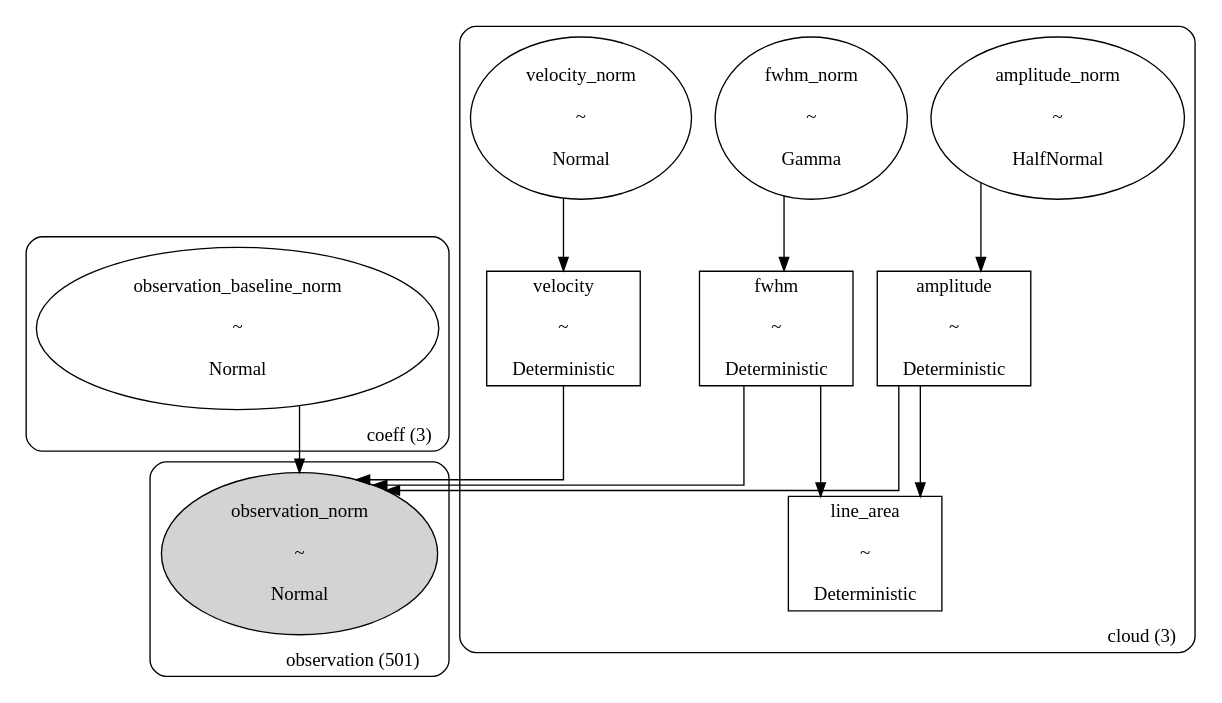
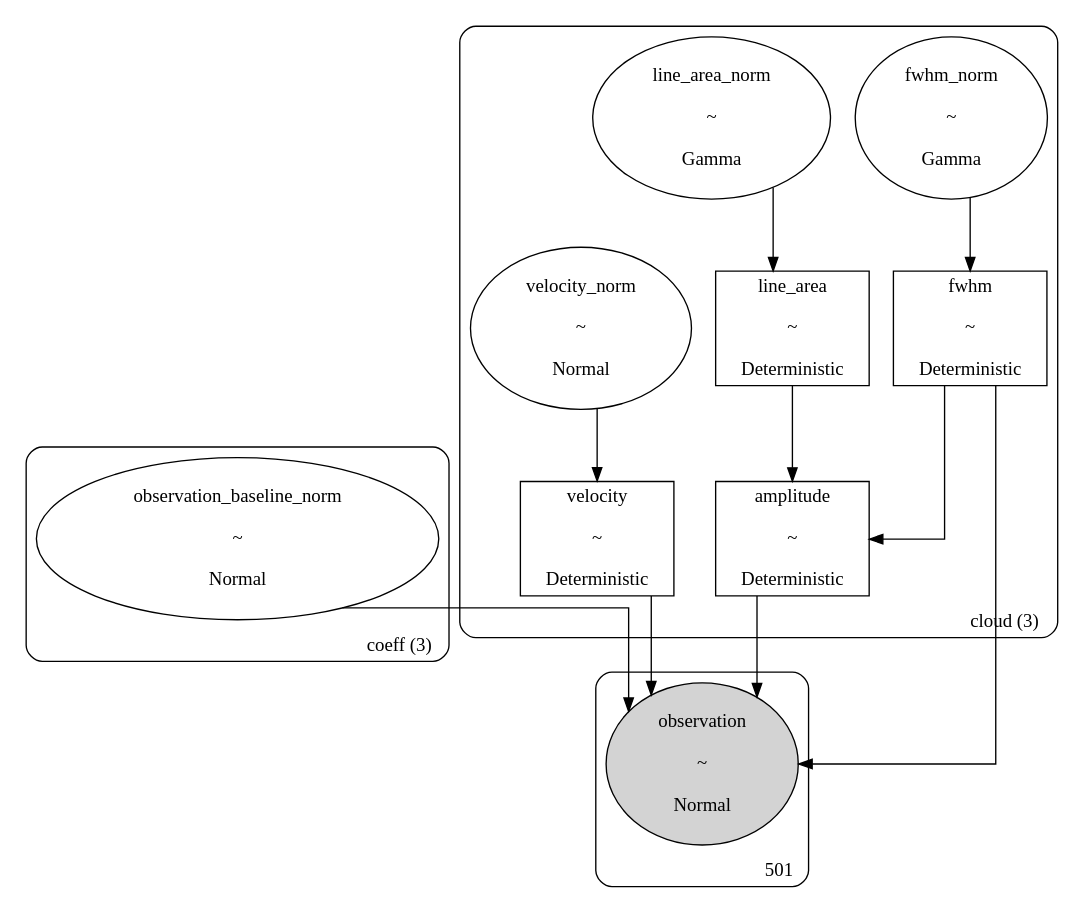
One commit to tvwenger/bayes_spec changed the diagram in examples/figures/model.gv. Above: the diagram before and after it, drawn with Graphviz. The commit also changed 21 other files, not shown here.

```diff
--- a/examples/figures/model.gv
+++ b/examples/figures/model.gv
@@ -1,145 +1,145 @@
 digraph {
 
 	graph [newrank=false,
 
 		rankdir=TB,
 
 		splines=ortho
 
 	];
 
 	subgraph "clustercoeff (3)" {
 
 		graph [label="coeff (3)",
 
 			labeljust=r,
 
 			labelloc=b,
 
 			style=rounded
 
 		];
 
 		observation_baseline_norm	[label="observation_baseline_norm
 
 ~
 
 Normal",
 
 			shape=ellipse];
 
 	}
 
 	subgraph "clustercloud (3)" {
 
 		graph [label="cloud (3)",
 
 			labeljust=r,
 
 			labelloc=b,
 
 			style=rounded
 
 		];
 
-		amplitude	[label="amplitude
-
-~
-
-Deterministic",
-
-			shape=box];
-
-		amplitude_norm	[label="amplitude_norm
-
-~
-
-HalfNormal",
-
-			shape=ellipse];
-
-		fwhm_norm	[label="fwhm_norm
+		line_area_norm	[label="line_area_norm
 
 ~
 
 Gamma",
 
 			shape=ellipse];
-
-		fwhm	[label="fwhm
-
-~
-
-Deterministic",
-
-			shape=box];
-
-		line_area	[label="line_area
-
-~
-
-Deterministic",
-
-			shape=box];
 
 		velocity_norm	[label="velocity_norm
 
 ~
 
 Normal",
 
 			shape=ellipse];
 
 		velocity	[label="velocity
 
 ~
 
 Deterministic",
 
 			shape=box];
 
+		fwhm	[label="fwhm
+
+~
+
+Deterministic",
+
+			shape=box];
+
+		amplitude	[label="amplitude
+
+~
+
+Deterministic",
+
+			shape=box];
+
+		line_area	[label="line_area
+
+~
+
+Deterministic",
+
+			shape=box];
+
+		fwhm_norm	[label="fwhm_norm
+
+~
+
+Gamma",
+
+			shape=ellipse];
+
 	}
 
-	subgraph "clusterobservation (501)" {
+	subgraph cluster501 {
 
-		graph [label="observation (501)",
+		graph [label=501,
 
 			labeljust=r,
 
 			labelloc=b,
 
 			style=rounded
 
 		];
 
-		observation_norm	[label="observation_norm
+		observation	[label="observation
 
 ~
 
 Normal",
 
 			shape=ellipse,
 
 			style=filled];
 
 	}
 
-	observation_baseline_norm -> observation_norm	[minlen=1];
+	observation_baseline_norm -> observation	[minlen=1];
 
-	amplitude -> line_area;
+	line_area_norm -> line_area	[minlen=1];
 
-	amplitude -> observation_norm;
+	velocity_norm -> velocity	[minlen=1];
 
-	amplitude_norm -> amplitude	[minlen=1];
+	velocity -> observation;
+
+	fwhm -> amplitude;
+
+	fwhm -> observation;
+
+	amplitude -> observation;
+
+	line_area -> amplitude;
 
 	fwhm_norm -> fwhm	[minlen=1];
 
-	fwhm -> line_area;
-
-	fwhm -> observation_norm;
-
-	velocity_norm -> velocity	[minlen=1];
-
-	velocity -> observation_norm;
-
 }
```
